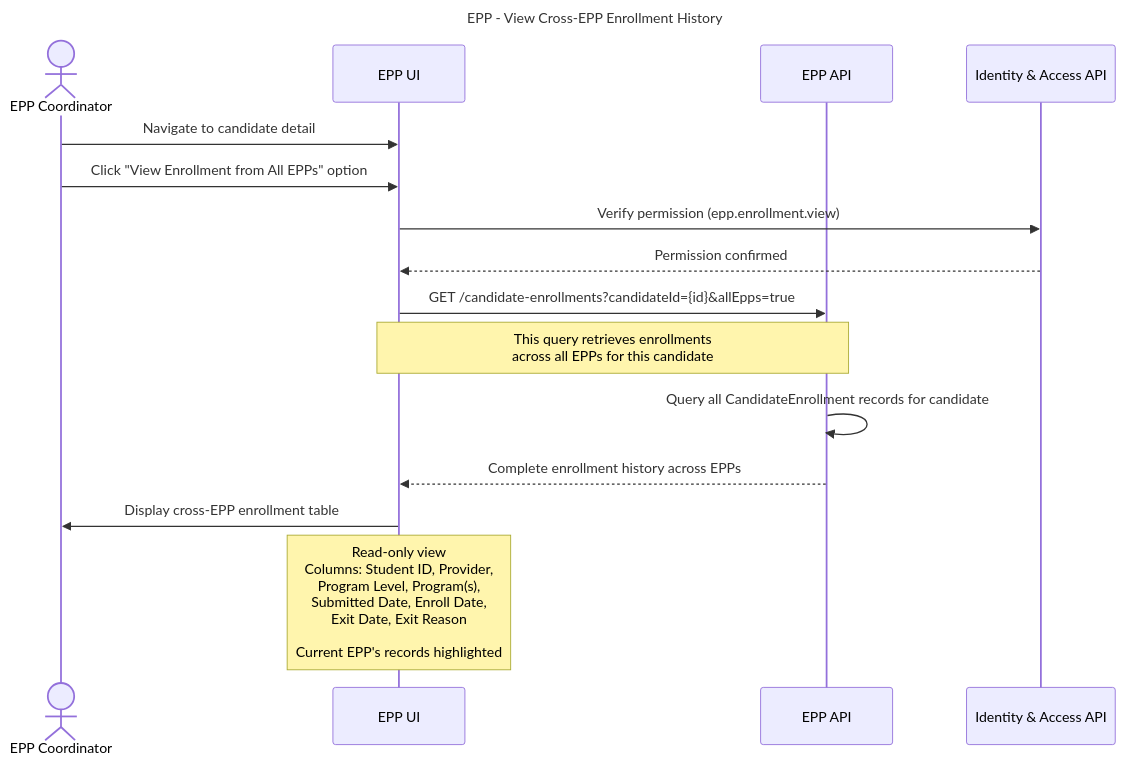
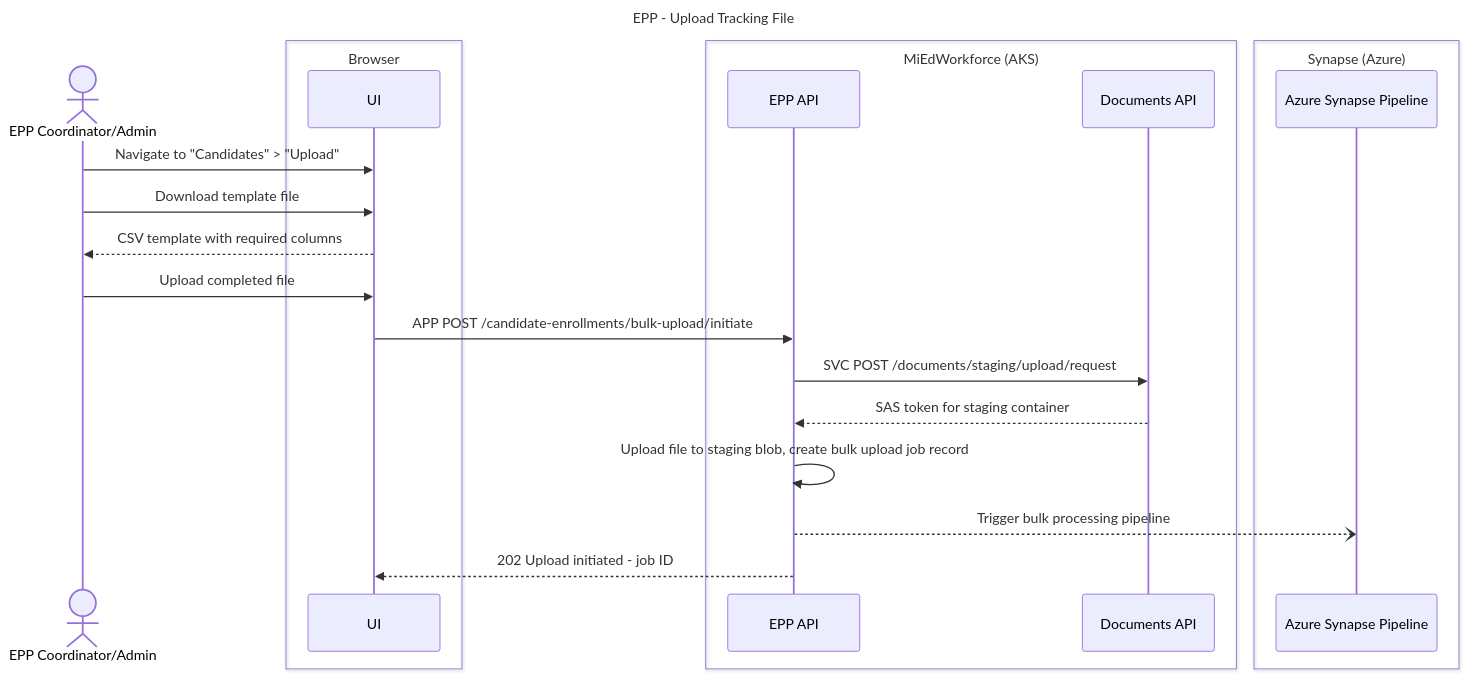
One commit to mnichols-dl/mied-design changed diagram 16 of 29 in working-docs/solution-areas/epp/epp-sequences.md. Above: the diagram before and after it, drawn with Mermaid. The commit also changed other lines of this file and 34 other files, not shown here.

Commit message:
Update sequences and perform RTM assessment

````diff
--- a/working-docs/solution-areas/epp/epp-sequences.md
+++ b/working-docs/solution-areas/epp/epp-sequences.md
@@ -958,25 +881,31 @@
 ```mermaid
 ---
-title: EPP - View Cross-EPP Enrollment History
+title: EPP - Upload Tracking File
 ---
 sequenceDiagram
-    actor Coordinator as EPP Coordinator
-    participant UI as EPP UI
-    participant EPPService as EPP API
-    participant IAM as Identity & Access API
-    
-    Coordinator->>UI: Navigate to candidate detail
-    Coordinator->>UI: Click "View Enrollment from All EPPs" option
-    
-    UI->>IAM: Verify permission (epp.enrollment.view)
-    IAM-->>UI: Permission confirmed
-    
-    UI->>EPPService: GET /candidate-enrollments?candidateId={id}&allEpps=true
-    Note over UI,EPPService: This query retrieves enrollments<br/>across all EPPs for this candidate
-    
-    EPPService->>EPPService: Query all CandidateEnrollment records for candidate
-    EPPService-->>UI: Complete enrollment history across EPPs
-    
-    UI->>Coordinator: Display cross-EPP enrollment table
-    Note over UI: Read-only view<br/>Columns: Student ID, Provider,<br/>Program Level, Program(s),<br/>Submitted Date, Enroll Date,<br/>Exit Date, Exit Reason<br/><br/>Current EPP's records highlighted
+    actor User as EPP Coordinator/Admin
+    box Browser
+    participant UI as UI
+    end
+    box MiEdWorkforce (AKS)
+    participant EppApi as EPP API
+    participant DocsApi as Documents API
+    end
+    box Synapse (Azure)
+    participant Synapse as Azure Synapse Pipeline
+    end
+
+    User->>UI: Navigate to "Candidates" > "Upload"
+    User->>UI: Download template file
+    UI-->>User: CSV template with required columns
+
+    User->>UI: Upload completed file
+    UI->>EppApi: APP POST /candidate-enrollments/bulk-upload/initiate
+
+    EppApi->>DocsApi: SVC POST /documents/staging/upload/request
+    DocsApi-->>EppApi: SAS token for staging container
+
+    EppApi->>EppApi: Upload file to staging blob, create bulk upload job record
+    EppApi--)Synapse: Trigger bulk processing pipeline
+    EppApi-->>UI: 202 Upload initiated - job ID
 ```
````
